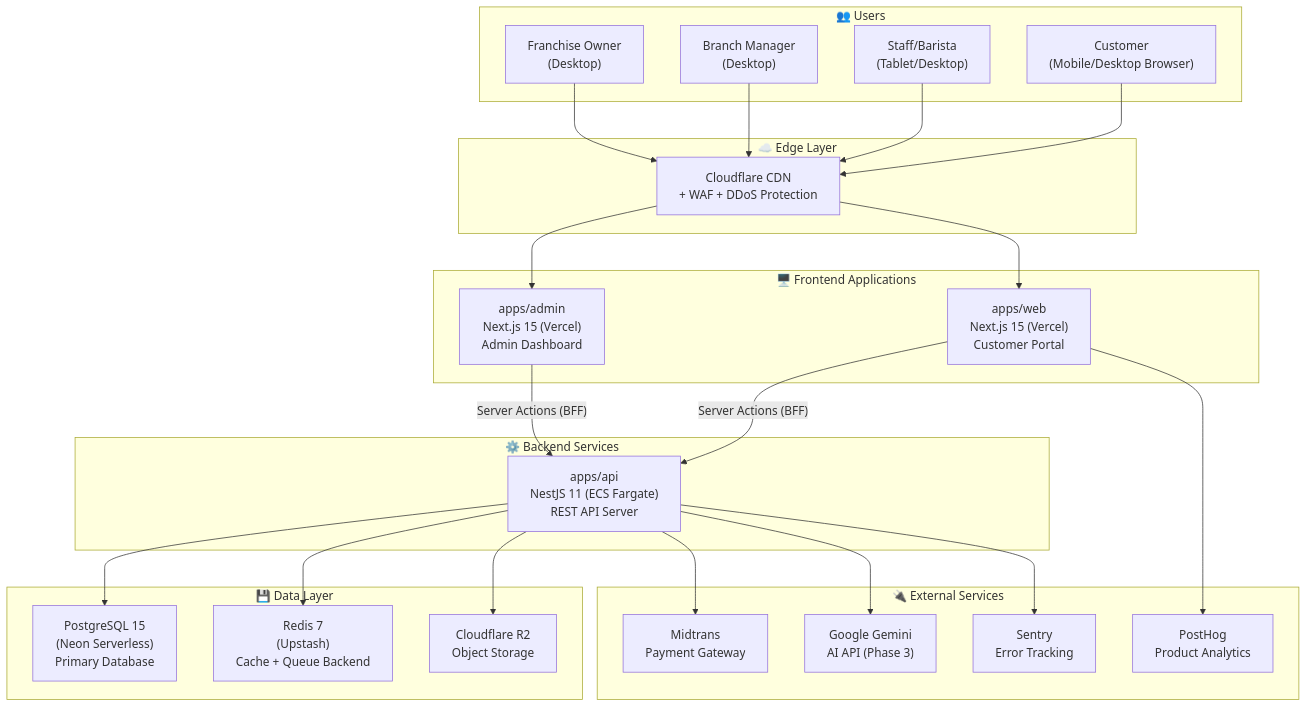
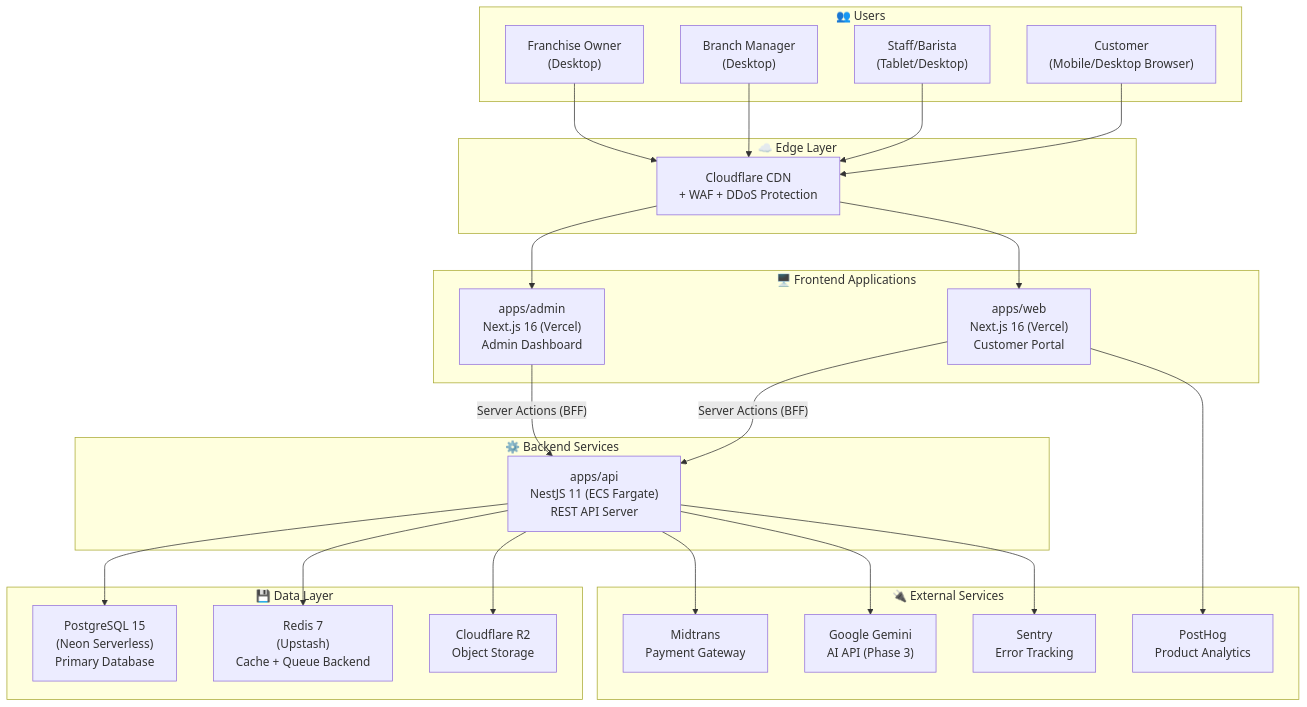
The first of 5 diagrams in docs/architecture/system_architecture.md (MasRizqi07/warkop-yareh), drawn with Mermaid before and after one commit. The commit also changed other lines of this file and 70 other files, not shown here.

````diff
--- a/docs/architecture/system_architecture.md
+++ b/docs/architecture/system_architecture.md
@@ -5,51 +7,51 @@
 ```mermaid
 graph TD
     subgraph Users["👥 Users"]
         Customer["Customer<br/>(Mobile/Desktop Browser)"]
         Staff["Staff/Barista<br/>(Tablet/Desktop)"]
         Manager["Branch Manager<br/>(Desktop)"]
         Owner["Franchise Owner<br/>(Desktop)"]
     end
 
     subgraph Edge["☁️ Edge Layer"]
         CDN["Cloudflare CDN<br/>+ WAF + DDoS Protection"]
     end
 
     subgraph Frontend["🖥️ Frontend Applications"]
-        Web["apps/web<br/>Next.js 15 (Vercel)<br/>Customer Portal"]
-        Admin["apps/admin<br/>Next.js 15 (Vercel)<br/>Admin Dashboard"]
+        Web["apps/web<br/>Next.js 16 (Vercel)<br/>Customer Portal"]
+        Admin["apps/admin<br/>Next.js 16 (Vercel)<br/>Admin Dashboard"]
     end
 
     subgraph Backend["⚙️ Backend Services"]
         API["apps/api<br/>NestJS 11 (ECS Fargate)<br/>REST API Server"]
     end
 
     subgraph Data["💾 Data Layer"]
         DB["PostgreSQL 15<br/>(Neon Serverless)<br/>Primary Database"]
         Redis["Redis 7<br/>(Upstash)<br/>Cache + Queue Backend"]
         R2["Cloudflare R2<br/>Object Storage"]
     end
 
     subgraph External["🔌 External Services"]
         Midtrans["Midtrans<br/>Payment Gateway"]
         Gemini["Google Gemini<br/>AI API (Phase 3)"]
         Sentry["Sentry<br/>Error Tracking"]
         PostHog["PostHog<br/>Product Analytics"]
     end
 
     Customer --> CDN
     Staff --> CDN
     Manager --> CDN
     Owner --> CDN
     CDN --> Web
     CDN --> Admin
     Web -->|"Server Actions (BFF)"| API
     Admin -->|"Server Actions (BFF)"| API
     API --> DB
     API --> Redis
     API --> R2
     API --> Midtrans
     API --> Gemini
     API --> Sentry
     Web --> PostHog
 ```
````
